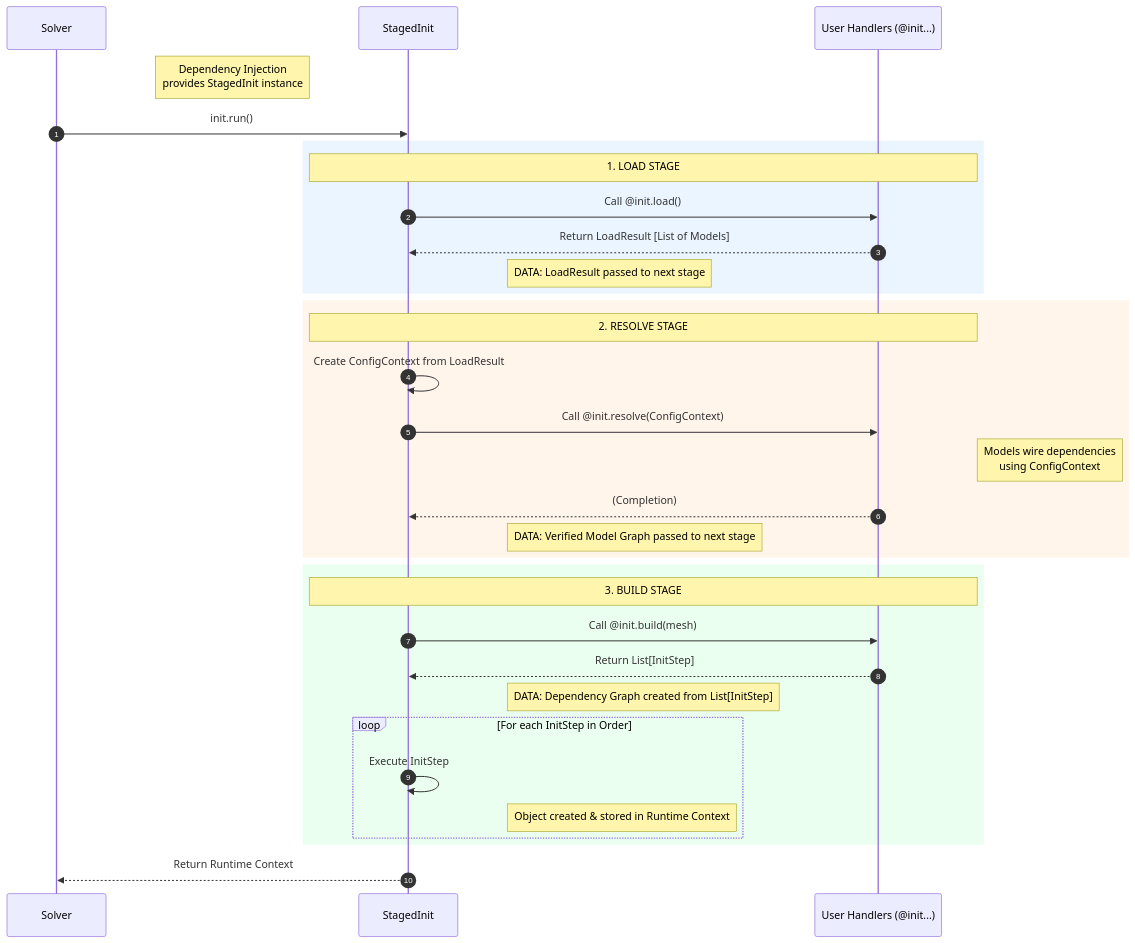
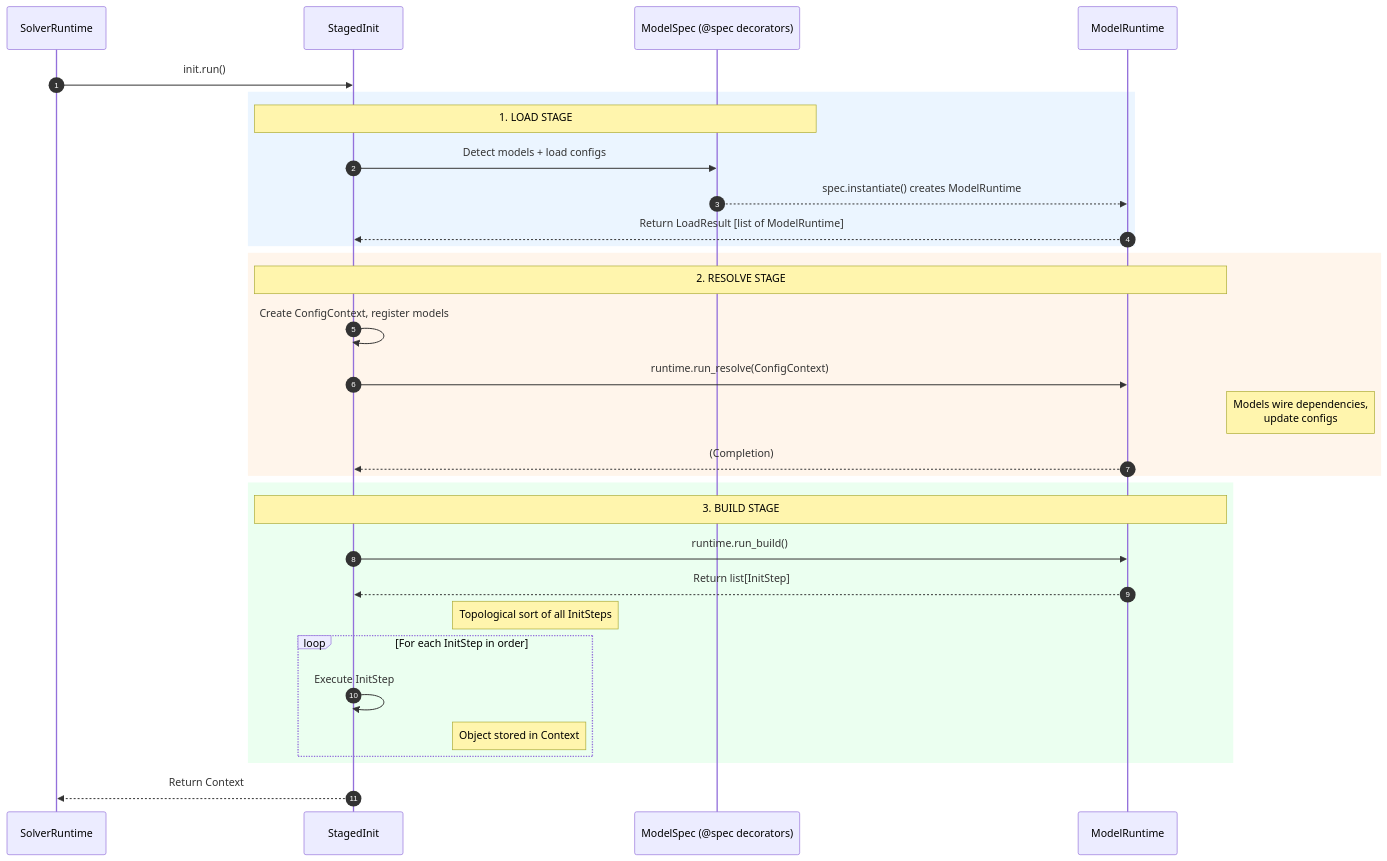
One commit to exasim-project/NeoFOAM changed the diagram in doc/development/initialization.rst. Above: the diagram before and after it, drawn with Mermaid. The commit also changed other lines of this file and 10 other files, not shown here.

```diff
--- a/doc/development/initialization.rst
+++ b/doc/development/initialization.rst
@@ -11,41 +197,40 @@
 .. mermaid::
 
     %%{init: {'sequence': {'actorMargin': 300}}}%%
     sequenceDiagram
         autonumber
-        participant Solver
-        participant Manager as StagedInit
-        participant UserCode as User Handlers (@init...)
+        participant SR as SolverRuntime
+        participant SI as StagedInit
+        participant MS as ModelSpec (@spec decorators)
+        participant MR as ModelRuntime
 
-        Note right of Solver: Dependency Injection<br/>provides StagedInit instance
-        Solver->>Manager: init.run()
+        SR->>SI: init.run()
 
         rect rgb(235, 245, 255)
-            Note over Manager, UserCode: 1. LOAD STAGE
-            Manager->>UserCode: Call @init.load()
-            UserCode-->>Manager: Return LoadResult [List of Models]
-            Note right of Manager: DATA: LoadResult passed to next stage
+            Note over SI, MS: 1. LOAD STAGE
+            SI->>MS: Detect models + load configs
+            MS-->>MR: spec.instantiate() creates ModelRuntime
+            MR-->>SI: Return LoadResult [list of ModelRuntime]
         end
 
         rect rgb(255, 245, 235)
-            Note over Manager, UserCode: 2. RESOLVE STAGE
-            Manager->>Manager: Create ConfigContext from LoadResult
-            Manager->>UserCode: Call @init.resolve(ConfigContext)
-            Note right of UserCode: Models wire dependencies<br/>using ConfigContext
-            UserCode-->>Manager: (Completion)
-            Note right of Manager: DATA: Verified Model Graph passed to next stage
+            Note over SI, MR: 2. RESOLVE STAGE
+            SI->>SI: Create ConfigContext, register models
+            SI->>MR: runtime.run_resolve(ConfigContext)
+            Note right of MR: Models wire dependencies,<br/>update configs
+            MR-->>SI: (Completion)
         end
 
         rect rgb(235, 255, 240)
-            Note over Manager, UserCode: 3. BUILD STAGE
-            Manager->>UserCode: Call @init.build(mesh)
-            UserCode-->>Manager: Return List[InitStep]
-            Note right of Manager: DATA: Dependency Graph created from List[InitStep]
+            Note over SI, MR: 3. BUILD STAGE
+            SI->>MR: runtime.run_build()
+            MR-->>SI: Return list[InitStep]
+            Note right of SI: Topological sort of all InitSteps
 
-            loop For each InitStep in Order
-                Manager->>Manager: Execute InitStep
-                Note right of Manager: Object created & stored in Runtime Context
+            loop For each InitStep in order
+                SI->>SI: Execute InitStep
+                Note right of SI: Object stored in Context
             end
         end
 
-        Manager-->>Solver: Return Runtime Context
+        SI-->>SR: Return Context
```
